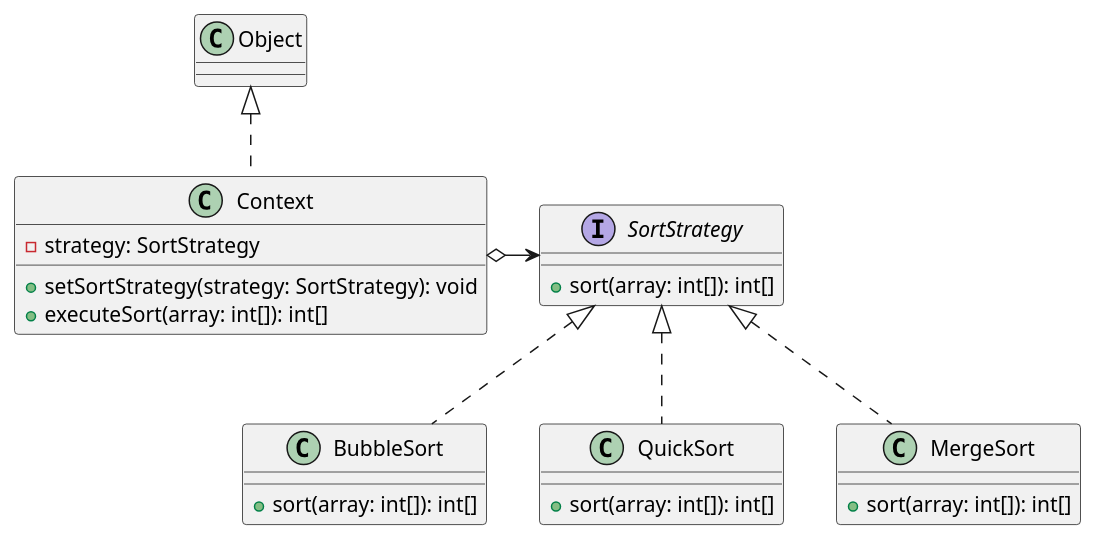
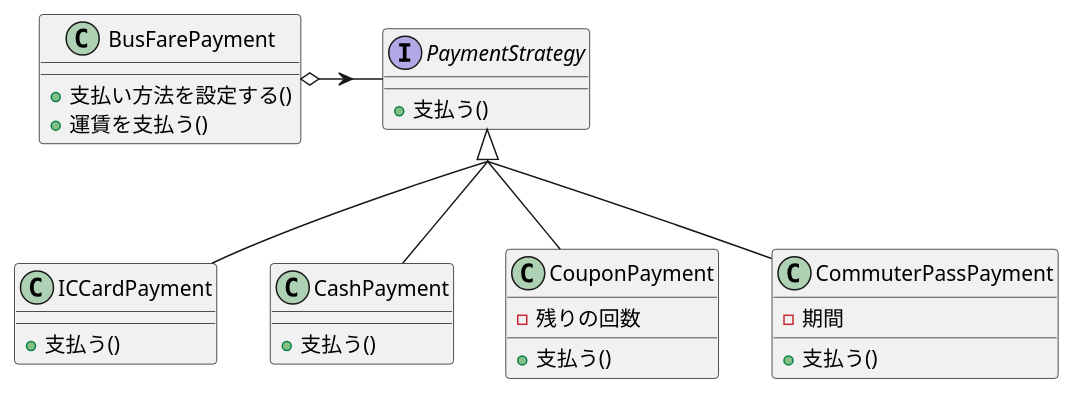
Before and after one commit to tanusai646/software-desine: the diagram in uml/13/strategy.puml, drawn with PlantUML.

Commit message:
strategy

```diff
--- a/uml/13/strategy.puml
+++ b/uml/13/strategy.puml
@@ -1,28 +1,37 @@
-@startuml sort_strategy_example
+@startuml strategyの事例
+skinparam groupInheritance 2
 
-interface SortStrategy {
-    +sort(array: int[]): int[]
+
+interface PaymentStrategy {
+    +支払う()
 }
 
-class BubbleSort implements SortStrategy {
-    +sort(array: int[]): int[]
+class ICCardPayment implements PaymentStrategy {
+    +支払う()
 }
 
-class QuickSort implements SortStrategy {
-    +sort(array: int[]): int[]
+class CashPayment implements PaymentStrategy {
+    +支払う()
 }
 
-class MergeSort implements SortStrategy {
-    +sort(array: int[]): int[]
+class CouponPayment implements PaymentStrategy{
+    -残りの回数
+    +支払う()
 }
 
-class Context {
-    -strategy: SortStrategy
-    +setSortStrategy(strategy: SortStrategy): void
-    +executeSort(array: int[]): int[]
+class CommuterPassPayment implements PaymentStrategy{
+    -期間
+    +支払う()
 }
 
-Context o-right-> SortStrategy
-Context .up.|> Object
+class BusFarePayment {
+    +支払い方法を設定する()
+    +運賃を支払う()
+}
+
+
+
+BusFarePayment o-right-> PaymentStrategy
+
 
 @enduml
```
